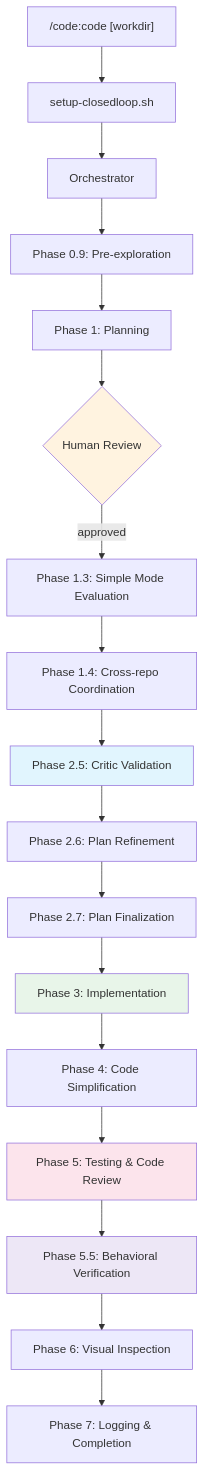
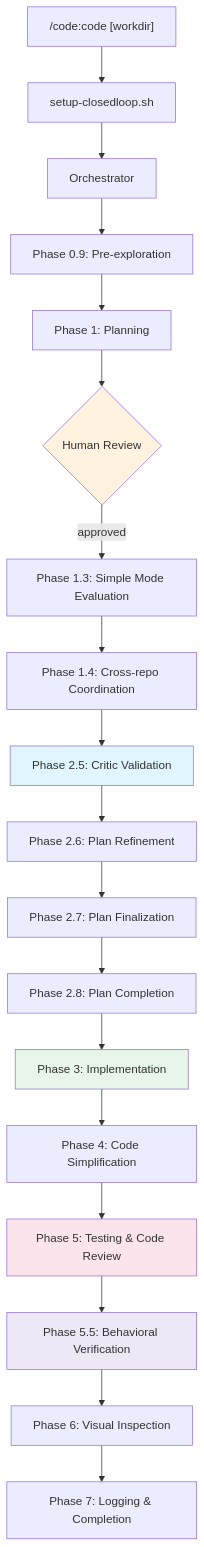
Before and after one commit to closedloop-ai/claude-plugins: the diagram in plugins/code/README.md, drawn with Mermaid. The commit also changed other lines of this file and 9 other files, not shown here.

First line of the commit message:
fix(code): recover simple_mode/plan_was_imported in execute, fix Phase 6.5 review

````diff
--- a/plugins/code/README.md
+++ b/plugins/code/README.md
@@ -24,25 +24,26 @@
 ```mermaid
 graph TD
     User["/code:code [workdir]"] --> Setup["setup-closedloop.sh"]
     Setup --> Orch[Orchestrator]
     Orch --> P09["Phase 0.9: Pre-exploration"]
     P09 --> P1["Phase 1: Planning"]
     P1 --> Review{Human Review}
     Review -->|approved| P13["Phase 1.3: Simple Mode Evaluation"]
     P13 --> P14["Phase 1.4: Cross-repo Coordination"]
     P14 --> P25["Phase 2.5: Critic Validation"]
     P25 --> P26["Phase 2.6: Plan Refinement"]
     P26 --> P27["Phase 2.7: Plan Finalization"]
-    P27 --> P3["Phase 3: Implementation"]
+    P27 --> P28["Phase 2.8: Plan Completion"]
+    P28 --> P3["Phase 3: Implementation"]
     P3 --> P4["Phase 4: Code Simplification"]
     P4 --> P5["Phase 5: Testing & Code Review"]
     P5 --> P55["Phase 5.5: Behavioral Verification"]
     P55 --> P6["Phase 6: Visual Inspection"]
     P6 --> P7["Phase 7: Logging & Completion"]
 
     style Review fill:#fff3e0
     style P25 fill:#e1f5fe
     style P3 fill:#e8f5e9
     style P5 fill:#fce4ec
     style P55 fill:#ede7f6
 ```
````
